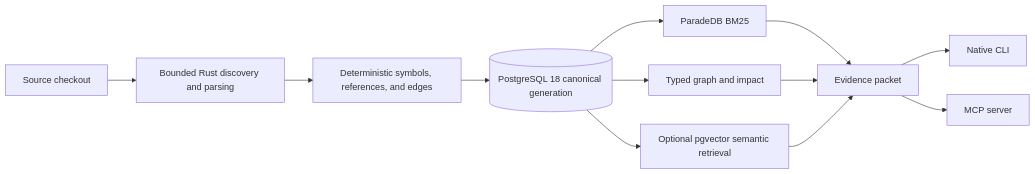
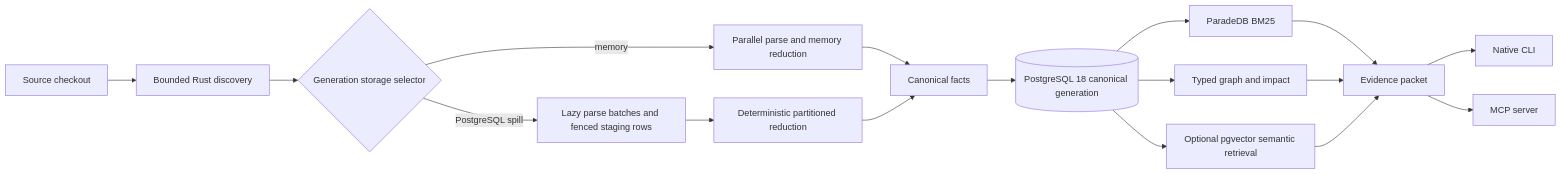
Before and after one commit to adder-factory/Cartograph: the diagram in README.md, drawn with Mermaid. The commit also changed other lines of this file and 8 other files, not shown here.

````diff
--- a/README.md
+++ b/README.md
@@ -265,14 +310,19 @@
 ```mermaid
 flowchart LR
-    A[Source checkout] --> B[Bounded Rust discovery and parsing]
-    B --> C[Deterministic symbols, references, and edges]
-    C --> D[(PostgreSQL 18 canonical generation)]
-    D --> E[ParadeDB BM25]
-    D --> F[Typed graph and impact]
-    D --> G[Optional pgvector semantic retrieval]
-    E --> H[Evidence packet]
-    F --> H
-    G --> H
-    H --> I[Native CLI]
-    H --> J[MCP server]
+    A[Source checkout] --> B[Bounded Rust discovery]
+    B --> C{Generation storage selector}
+    C -->|memory| D[Parallel parse and memory reduction]
+    C -->|PostgreSQL spill| E[Lazy parse batches and fenced staging rows]
+    E --> F[Deterministic partitioned reduction]
+    D --> G[Canonical facts]
+    F --> G
+    G --> H[(PostgreSQL 18 canonical generation)]
+    H --> I[ParadeDB BM25]
+    H --> J[Typed graph and impact]
+    H --> K[Optional pgvector semantic retrieval]
+    I --> L[Evidence packet]
+    J --> L
+    K --> L
+    L --> M[Native CLI]
+    L --> N[MCP server]
 ```
````
